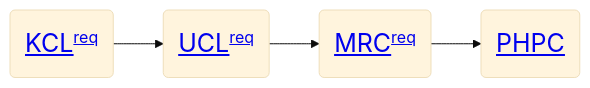
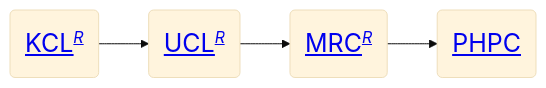
Before and after one commit to jinghuazhao/jinghuazhao.githubio.io: the second of 2 diagrams in docs/work.md, drawn with Mermaid (base theme). The commit also changed other lines of this file, not shown here.

````diff
--- a/docs/work.md
+++ b/docs/work.md
@@ -99,12 +99,12 @@
 ```mermaid
 graph LR
 
 %% Nodes
-KCL(<a href="https://jinghuazhao.github.io/kcllinks.html" style="font-size: 25px;"><u>KCL</u></a><a href="https://jinghuazhao.github.io/iop/comments.txt" style="font-size: 16px;vertical-align: top;">req</a>)
-UCL(<a href="https://jinghuazhao.github.io/ucllinks.html" style="font-size: 25px;"><u>UCL</u></a><a href="https://jinghuazhao.github.io/ucl/comments.txt" style="font-size: 16px;vertical-align: top;">req</a>)
-MRC(<a href="https://jinghuazhao.github.io/mrclinks.html" style="font-size: 25px;"><u>MRC</u></a><a href="https://jinghuazhao.github.io/mrc/comments.txt"  style="font-size: 16px;vertical-align: top;">req</a>)
+KCL(<a href="https://jinghuazhao.github.io/kcllinks.html" style="font-size: 25px;"><u>KCL</u></a><a href="https://jinghuazhao.github.io/iop/comments.txt" style="font-size: 16px;vertical-align: top;"><i>R</i>  </a>)
+UCL(<a href="https://jinghuazhao.github.io/ucllinks.html" style="font-size: 25px;"><u>UCL</u></a><a href="https://jinghuazhao.github.io/ucl/comments.txt" style="font-size: 16px;vertical-align: top;"><i>R</i></a>)
+MRC(<a href="https://jinghuazhao.github.io/mrclinks.html" style="font-size: 25px;"><u>MRC</u></a><a href="https://jinghuazhao.github.io/mrc/comments.txt"  style="font-size: 16px;vertical-align: top;"><i>R</i></a>)
 PHPC(<a href="https://jinghuazhao.github.io/phpclinks.html" style="font-size: 25px;"><u>PHPC</u></a>)
 
 %% Node Connections
 KCL --> UCL --> MRC --> PHPC
 ```
````
